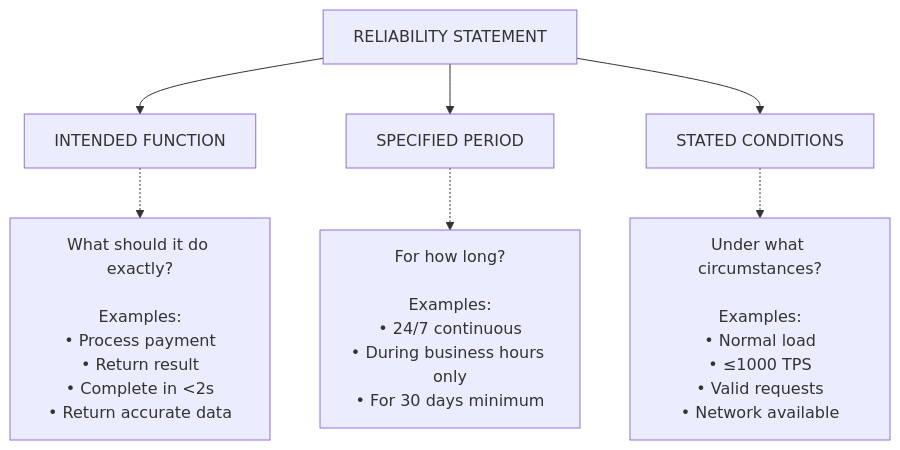
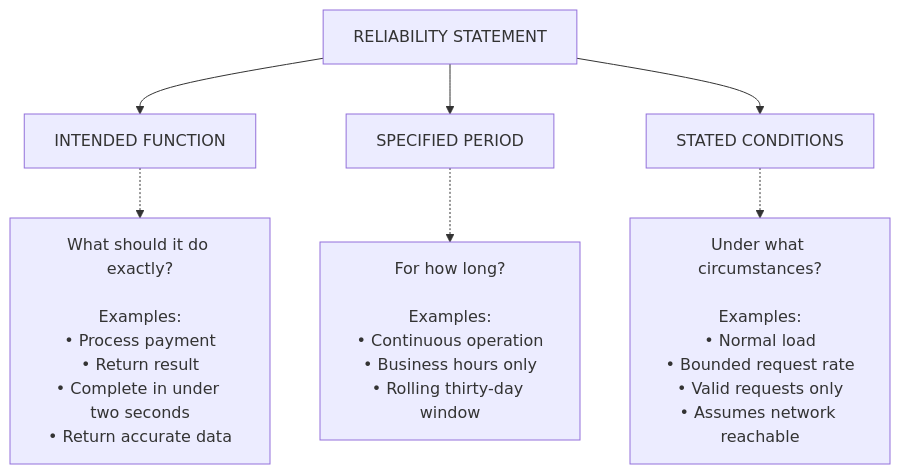
One commit to kube-dojo/kube-dojo changed the second of 9 diagrams in src/content/docs/platform/foundations/reliability-engineering/module-2.1-what-is-reliability.md. Above: the diagram before and after it, drawn with Mermaid. The commit also changed other lines of this file and 4 other files, not shown here.

````diff
--- a/src/content/docs/platform/foundations/reliability-engineering/module-2.1-what-is-reliability.md
+++ b/src/content/docs/platform/foundations/reliability-engineering/module-2.1-what-is-reliability.md
@@ -148,11 +88,11 @@
 ```mermaid
 flowchart TD
     R["RELIABILITY STATEMENT"]
     R --> F["INTENDED FUNCTION"]
     R --> P["SPECIFIED PERIOD"]
     R --> C["STATED CONDITIONS"]
     
-    F -.-> F1["What should it do exactly?<br/><br/>Examples:<br/>• Process payment<br/>• Return result<br/>• Complete in <2s<br/>• Return accurate data"]
-    P -.-> P1["For how long?<br/><br/>Examples:<br/>• 24/7 continuous<br/>• During business hours only<br/>• For 30 days minimum"]
-    C -.-> C1["Under what circumstances?<br/><br/>Examples:<br/>• Normal load<br/>• ≤1000 TPS<br/>• Valid requests<br/>• Network available"]
+    F -.-> F1["What should it do exactly?<br/><br/>Examples:<br/>• Process payment<br/>• Return result<br/>• Complete in under two seconds<br/>• Return accurate data"]
+    P -.-> P1["For how long?<br/><br/>Examples:<br/>• Continuous operation<br/>• Business hours only<br/>• Rolling thirty-day window"]
+    C -.-> C1["Under what circumstances?<br/><br/>Examples:<br/>• Normal load<br/>• Bounded request rate<br/>• Valid requests only<br/>• Assumes network reachable"]
 ```
````
